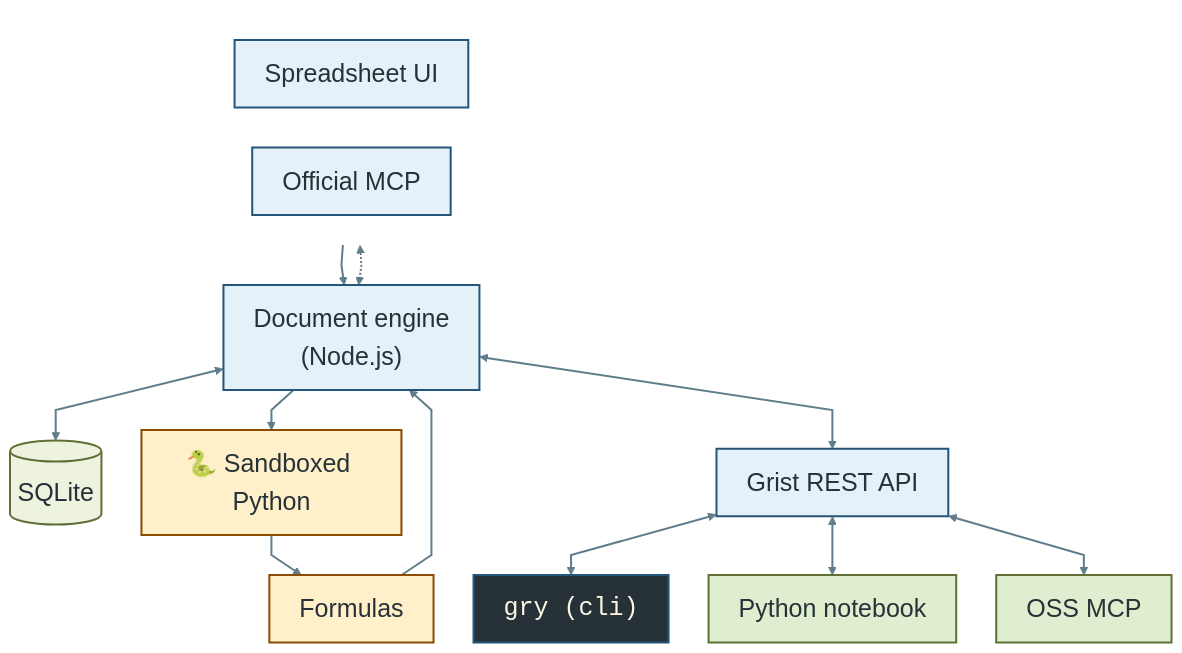
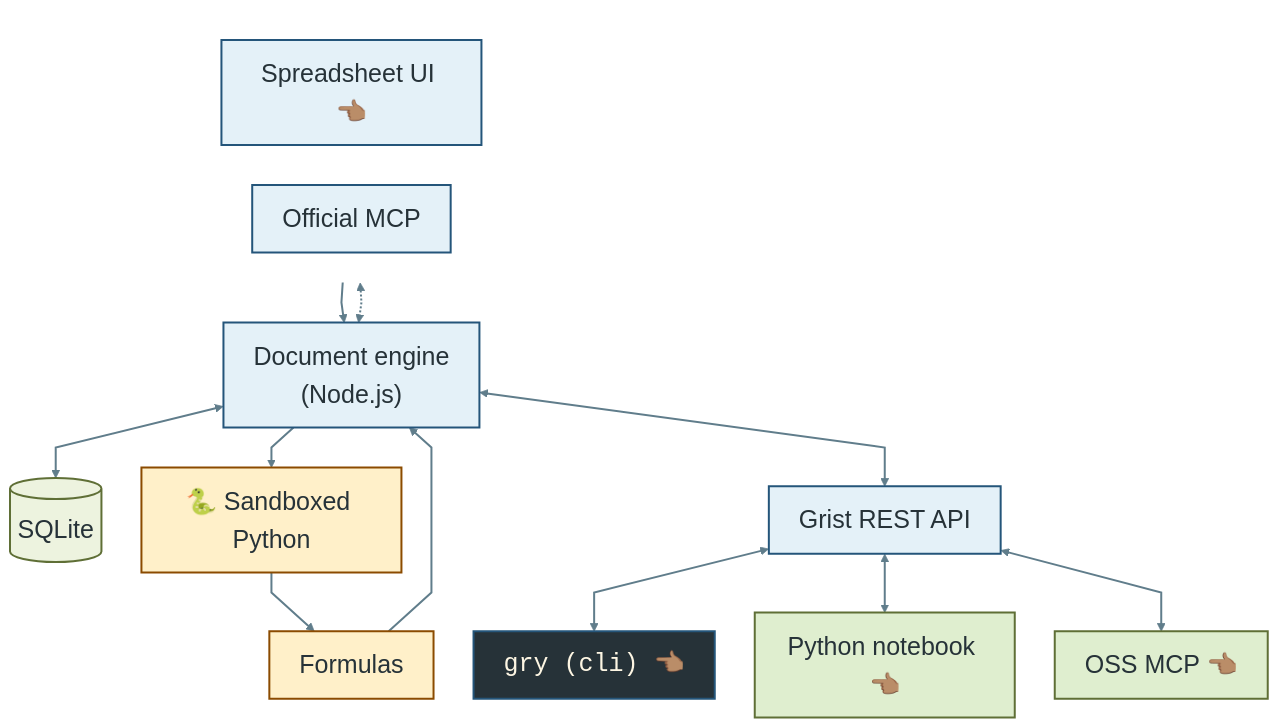
Before and after one commit to D3f0/py-spreadsheets-2026: the diagram in slides.qmd, drawn with Mermaid. The commit also changed other lines of this file and 19 other files, not shown here.

````diff
--- a/slides.qmd
+++ b/slides.qmd
@@ -148,49 +151,49 @@
 ```{mermaid}
 %%{init: {
   "theme": "base",
   "flowchart": {"curve": "linear", "htmlLabels": true, "nodeSpacing": 40, "rankSpacing": 40, "diagramPadding": 6},
   "themeVariables": {
     "background": "#fdf6e3",
     "primaryColor": "#e4f1f8",
     "primaryTextColor": "#263238",
     "primaryBorderColor": "#24557a",
     "lineColor": "#607d8b",
     "clusterBkg": "#f8f1df",
     "clusterBorder": "#9aadaf",
     "fontFamily": "system-ui, sans-serif",
     "fontSize": "25px"
   }
 }}%%
 flowchart TB
     subgraph TopRow[" "]
         direction LR
-        UI["Spreadsheet UI"]
+        UI["Spreadsheet UI 👈🏽"]
         OfficialMCP["Official MCP"]
     end
 
     UI --> Engine["Document engine<br/>(Node.js)"]
     OfficialMCP <-.-> Engine
     Engine <--> DB[("SQLite")]
     Engine --> Sandbox["🐍 Sandboxed Python"] --> Formulas["Formulas"]
     Formulas --> Engine
     Engine <--> API["Grist REST API"]
 
-    API <--> CLI["gry (cli)"]
-    API <--> Notebook["Python notebook"]
-    API <--> MCP["OSS MCP"]
+    API <--> CLI["gry (cli) 👈🏽"]
+    API <--> Notebook["Python notebook 👈🏽"]
+    API <--> MCP["OSS MCP 👈🏽"]
 
     classDef ui fill:#e4f1f8,stroke:#24557a,color:#263238,stroke-width:2px,font-size:25px;
     classDef python fill:#fff0c9,stroke:#8b4b00,color:#263238,stroke-width:2px,font-size:25px;
     classDef data fill:#edf3df,stroke:#5f6f36,color:#263238,stroke-width:2px,font-size:25px;
     classDef client fill:#dfeecf,stroke:#5f6f36,color:#263238,stroke-width:2px,font-size:25px;
     classDef terminal fill:#263238,stroke:#24557a,color:#fdf6e3,stroke-width:2px,font-family:monospace,font-size:25px;
     classDef mcp fill:#fdf6e3,stroke:#5f6f36,color:#263238,stroke-width:2px, font-size:25px;
     class UI,Engine,API,OfficialMCP ui;
     class Sandbox,Formulas python;
     class Notebook client;
     class CLI terminal;
     class DB data;
     class MCP client;
     style TopRow fill:none,stroke:none;
     linkStyle default stroke:#607d8b,stroke-width:2px;
 ```
````
